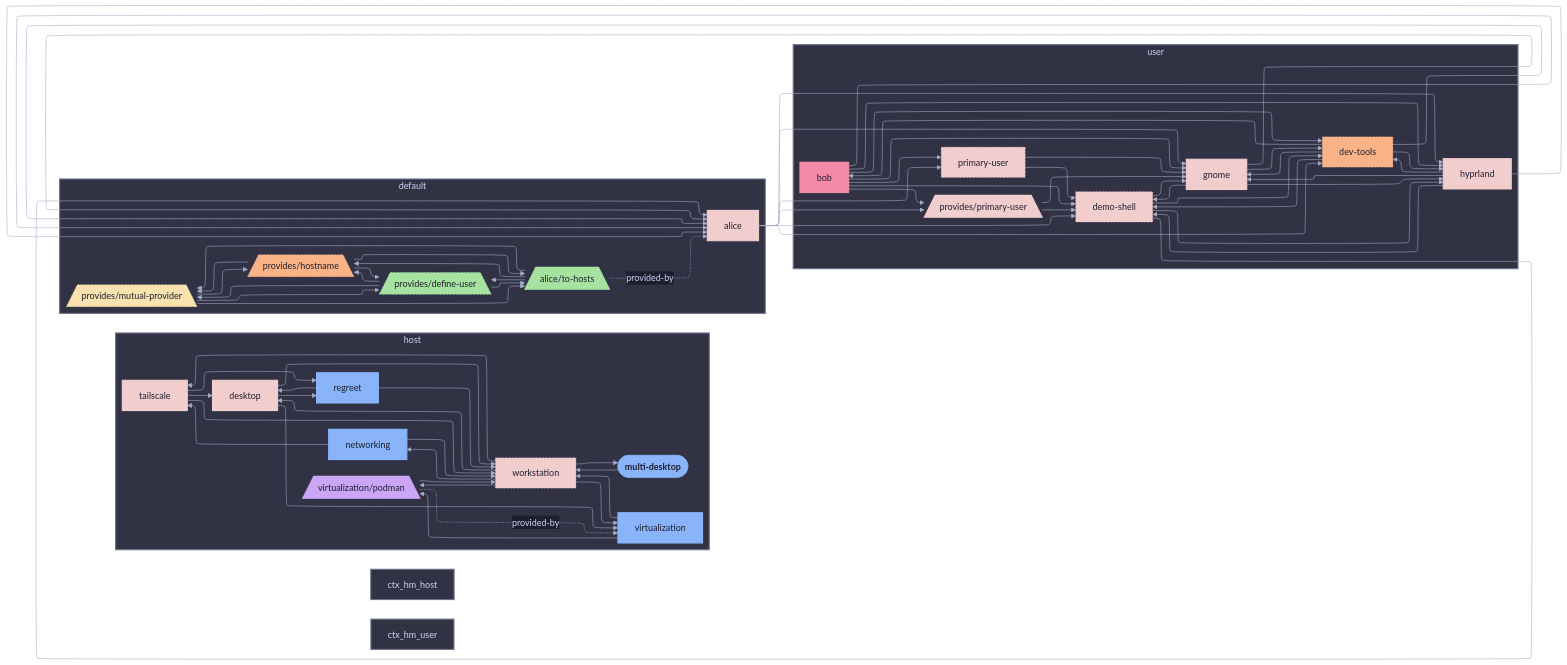
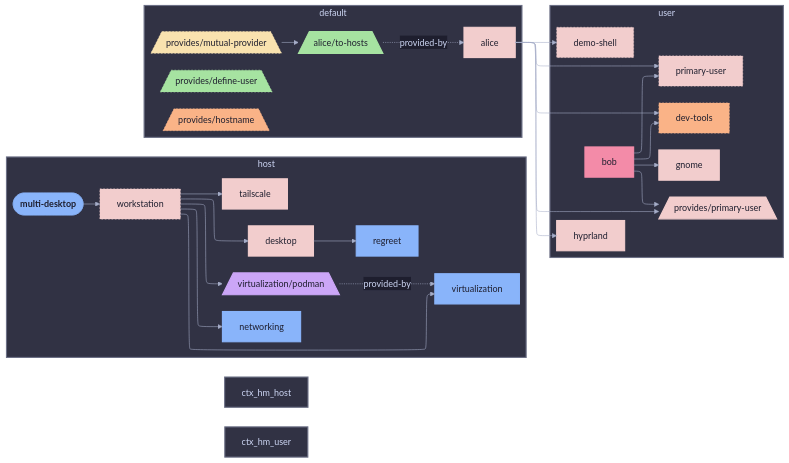
Before and after one commit to sini/den: the diagram in templates/diag-fx-demo/diagrams/multi-desktop-has-aspect-hm.md, drawn with Mermaid. The commit also changed 849 other files, not shown here.

Commit message:
chore: update fx diagrams

```diff
--- a/templates/diag-fx-demo/diagrams/multi-desktop-has-aspect-hm.md
+++ b/templates/diag-fx-demo/diagrams/multi-desktop-has-aspect-hm.md
@@ -15,22 +15,9 @@
   tailscale["tailscale"]:::tailscale_c
   virtualization["virtualization"]:::virtualization_c
   workstation["workstation"]:::workstation_c
-  desktop --> workstation
   desktop --> regreet
-  desktop --> virtualization
   multi_desktop --> workstation
-  networking --> workstation
-  regreet --> workstation
-  tailscale --> workstation
-  virtualization --> workstation
-  virtualization__podman --> workstation
-  networking --> tailscale
-  regreet --> desktop
-  tailscale --> desktop
-  tailscale --> regreet
-  virtualization --> virtualization__podman
   workstation --> desktop
-  workstation --> multi_desktop
   workstation --> networking
   workstation --> virtualization__podman
   workstation --> tailscale
@@ -42,18 +29,7 @@
   den__provides__hostname[/"provides/hostname"\]:::den__provides__hostname_c
   den__provides__mutual_provider[/"provides/mutual-provider"\]:::den__provides__mutual_provider_c
   alice__to_hosts[/"alice/to-hosts"\]:::alice__to_hosts_c
-  alice__to_hosts --> den__provides__define_user
-  alice__to_hosts --> den__provides__hostname
-  alice__to_hosts --> den__provides__mutual_provider
-  den__provides__mutual_provider --> den__provides__define_user
-  den__provides__mutual_provider --> den__provides__hostname
   den__provides__mutual_provider --> alice__to_hosts
-  den__provides__hostname --> den__provides__define_user
-  den__provides__define_user --> den__provides__hostname
-  den__provides__define_user --> den__provides__mutual_provider
-  den__provides__hostname --> den__provides__mutual_provider
-  den__provides__define_user --> alice__to_hosts
-  den__provides__hostname --> alice__to_hosts
   alice__to_hosts -.->|provided-by| alice
   end
   subgraph ctx_user["user"]
@@ -70,35 +46,10 @@
   alice --> hyprland
   alice --> primary_user
   alice --> den__provides__primary_user
-  alice --> gnome
   bob --> dev_tools
   bob --> gnome
   bob --> primary_user
   bob --> den__provides__primary_user
-  bob --> alice
-  bob --> demo_shell
-  bob --> hyprland
-  demo_shell --> hyprland
-  demo_shell --> alice
-  demo_shell --> dev_tools
-  demo_shell --> gnome
-  den__provides__primary_user --> demo_shell
-  den__provides__primary_user --> gnome
-  dev_tools --> bob
-  dev_tools --> alice
-  dev_tools --> demo_shell
-  dev_tools --> gnome
-  dev_tools --> hyprland
-  gnome --> dev_tools
-  gnome --> alice
-  gnome --> demo_shell
-  gnome --> hyprland
-  hyprland --> dev_tools
-  hyprland --> alice
-  hyprland --> demo_shell
-  hyprland --> gnome
-  primary_user --> demo_shell
-  primary_user --> gnome
   end
 
 
```
